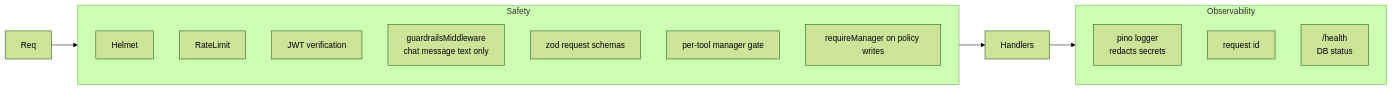
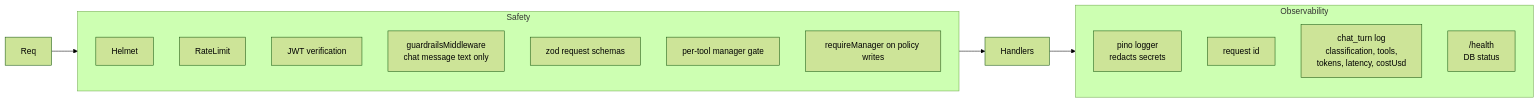
Before and after one commit to sriramkasyap/Airtribe-AI-HR-Helpdesk-Assistant: diagram 11 of 11 in ARCHITECTURE.md, drawn with Mermaid (forest theme). The commit also changed other lines of this file and 21 other files, not shown here.

Commit message:
feat: enhance chat logging and cost tracking

````diff
--- a/ARCHITECTURE.md
+++ b/ARCHITECTURE.md
@@ -378,21 +381,22 @@
 ```mermaid
 flowchart LR
   subgraph Safety
     Helmet
     RateLimit
     JWT["JWT verification"]
     Guardrails["guardrailsMiddleware<br/>chat message text only"]
     Zod["zod request schemas"]
     ToolAuth["per-tool manager gate"]
     MgrRoute["requireManager on policy writes"]
   end
 
   subgraph Observability
     Pino["pino logger<br/>redacts secrets"]
     ReqId["request id"]
+    ChatTurn["chat_turn log<br/>classification, tools,<br/>tokens, latency, costUsd"]
     Health["/health<br/>DB status"]
   end
 
   Req --> Safety --> Handlers
   Handlers --> Observability
 ```
````
